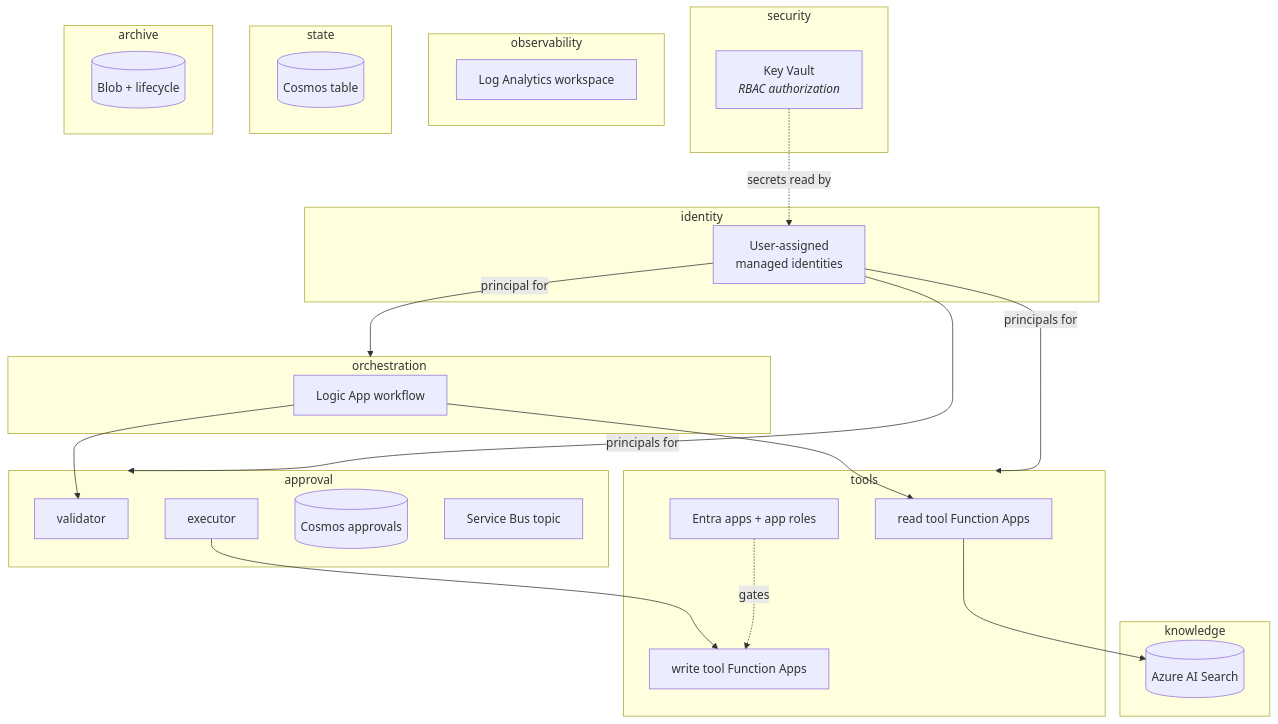
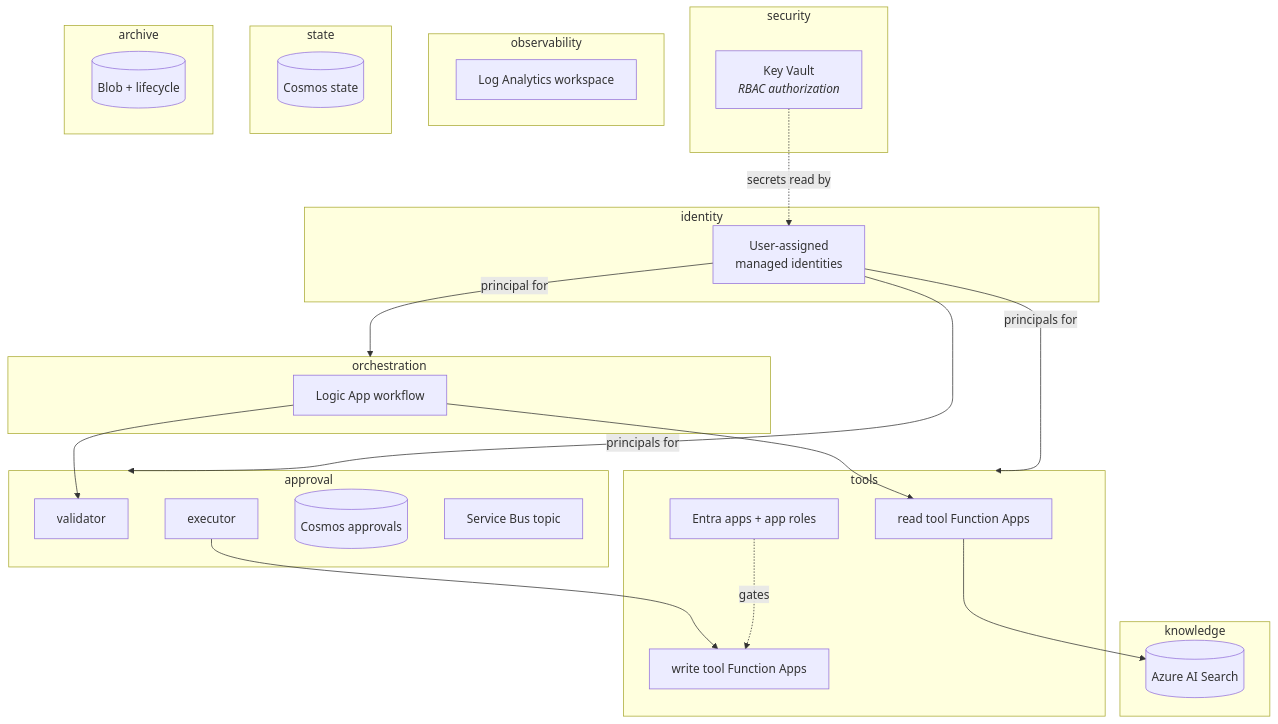
Before and after one commit to somesh-ghaturle/Agentic-AI-Systems: the sixth of 6 diagrams in infra/terraform-azure/ARCHITECTURE.md, drawn with Mermaid. The commit also changed other lines of this file and 22 other files, not shown here.

````diff
--- a/infra/terraform-azure/ARCHITECTURE.md
+++ b/infra/terraform-azure/ARCHITECTURE.md
@@ -435,45 +435,45 @@
 ```mermaid
 flowchart TB
     subgraph idt["identity"]
         mi["User-assigned<br/>managed identities"]
     end
     subgraph sec["security"]
         kv["Key Vault<br/><i>RBAC authorization</i>"]
     end
     subgraph tools["tools"]
         lr["read tool Function Apps"]
         lw["write tool Function Apps"]
         app["Entra apps + app roles"]
     end
     subgraph appr["approval"]
         val["validator"]
         exe["executor"]
         cos[("Cosmos approvals")]
         sb["Service Bus topic"]
     end
     subgraph orc["orchestration"]
         la["Logic App workflow"]
     end
     subgraph obs["observability"]
         law["Log Analytics workspace"]
     end
     subgraph st["state"]
-        stt[("Cosmos table")]
+        stt[("Cosmos state")]
     end
     subgraph kb["knowledge"]
         srch[("Azure AI Search")]
     end
     subgraph arc["archive"]
         blob[("Blob + lifecycle")]
     end
 
     mi -->|"principals for"| tools
     mi -->|"principals for"| appr
     mi -->|"principal for"| orc
     kv -.->|"secrets read by"| mi
     la --> lr
     la --> val
     exe --> lw
     app -.->|"gates"| lw
     lr --> srch
 ```
````
